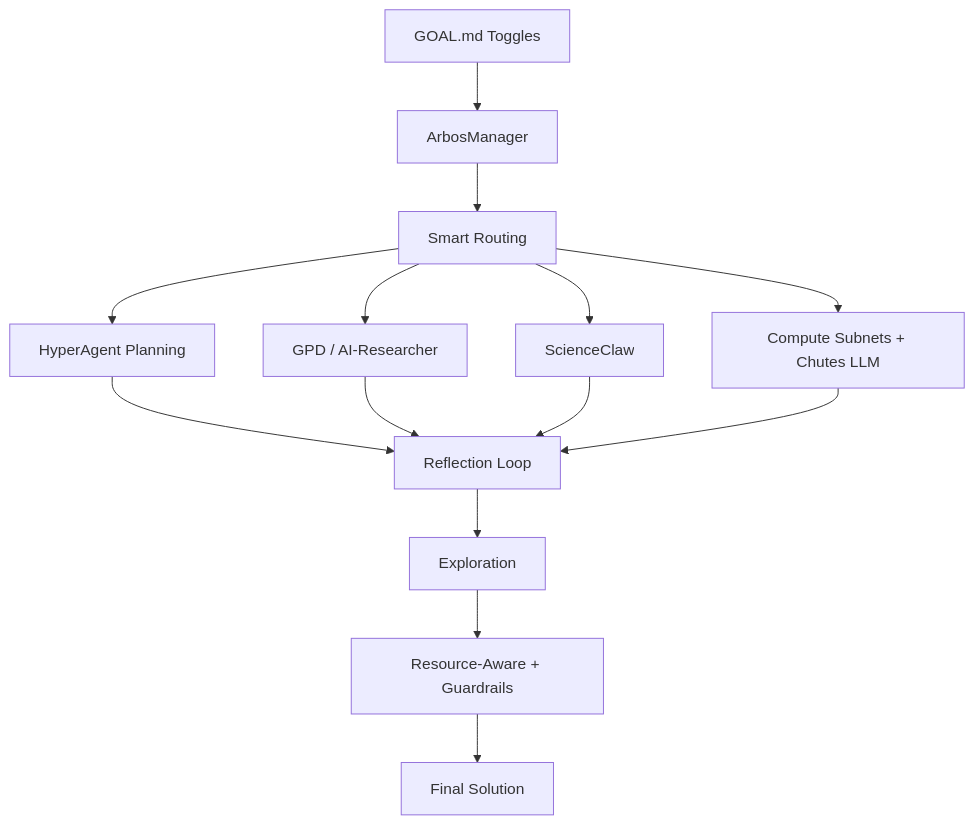
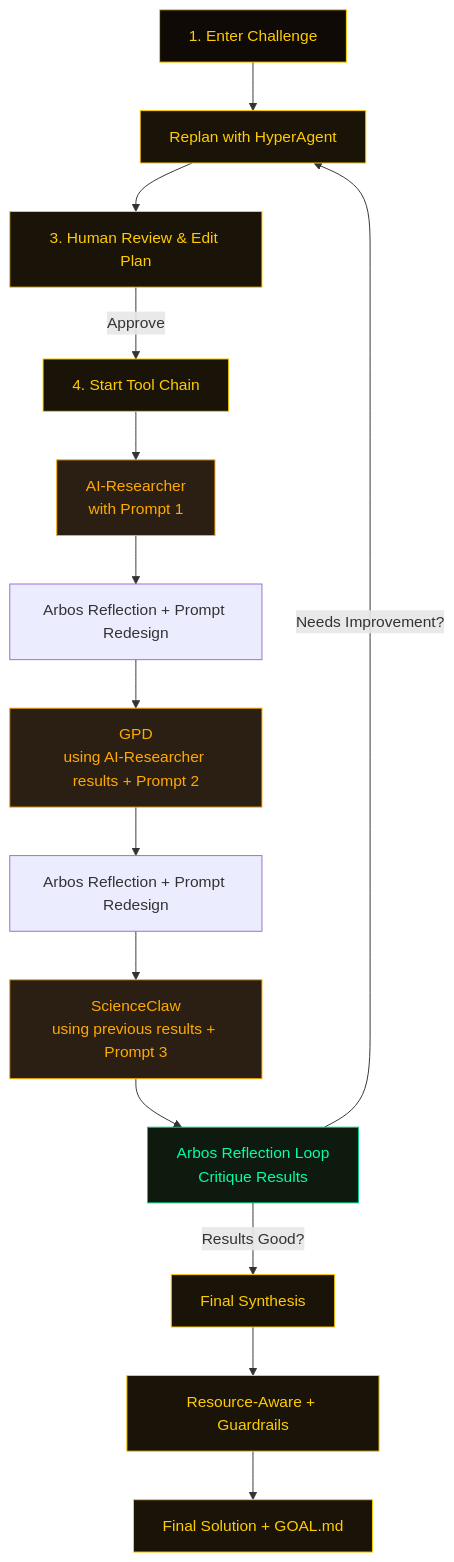
The diagram in README.md (jbequ5/SAGE-Enigma-Subnet), drawn with Mermaid before and after one commit. The commit also changed other lines of this file, not shown here.

````diff
--- a/README.md
+++ b/README.md
@@ -79,13 +79,31 @@
 ```mermaid
-graph TD
-    A[GOAL.md Toggles] --> B[ArbosManager]
-    B --> C[Smart Routing]
-    C --> D[HyperAgent Planning]
-    C --> E[GPD / AI-Researcher]
-    C --> F[ScienceClaw]
-    C --> G[Compute Subnets + Chutes LLM]
-    D & E & F & G --> H[Reflection Loop]
-    H --> I[Exploration]
-    I --> J[Resource-Aware + Guardrails]
-    J --> K[Final Solution]
+flowchart TD
+    A[1. Enter Challenge] --> B[2. HyperAgent Planning]
+    B --> C[3. Human Review & Edit Plan]
+    C -->|Approve| D[4. Start Tool Chain]
+
+    D --> E[AI-Researcher<br>with Prompt 1]
+    E --> F[Arbos Reflection + Prompt Redesign]
+    F --> G[GPD<br>using AI-Researcher results + Prompt 2]
+    G --> H[Arbos Reflection + Prompt Redesign]
+    H --> I[ScienceClaw<br>using previous results + Prompt 3]
+    I --> J[Arbos Reflection Loop<br>Critique Results]
+
+    J -->|Results Good?| K[Final Synthesis]
+    J -->|Needs Improvement?| B[Replan with HyperAgent]
+
+    K --> L[Resource-Aware + Guardrails]
+    L --> M[Final Solution + GOAL.md]
+
+    style A fill:#0f0a05,stroke:#ffcc00,color:#ffcc00
+    style B fill:#1a1408,stroke:#ffcc00,color:#ffcc00
+    style C fill:#1a1408,stroke:#ffcc00,color:#ffcc00
+    style D fill:#1a1408,stroke:#ffcc00,color:#ffcc00
+    style E fill:#2a1f12,stroke:#ffaa00,color:#ffaa00
+    style G fill:#2a1f12,stroke:#ffaa00,color:#ffaa00
+    style I fill:#2a1f12,stroke:#ffaa00,color:#ffaa00
+    style J fill:#0f1a0f,stroke:#00cc88,color:#00ffaa
+    style K fill:#1a1408,stroke:#ffcc00,color:#ffcc00
+    style L fill:#1a1408,stroke:#ffcc00,color:#ffcc00
+    style M fill:#1a1408,stroke:#ffcc00,color:#ffcc00
 ```
````
